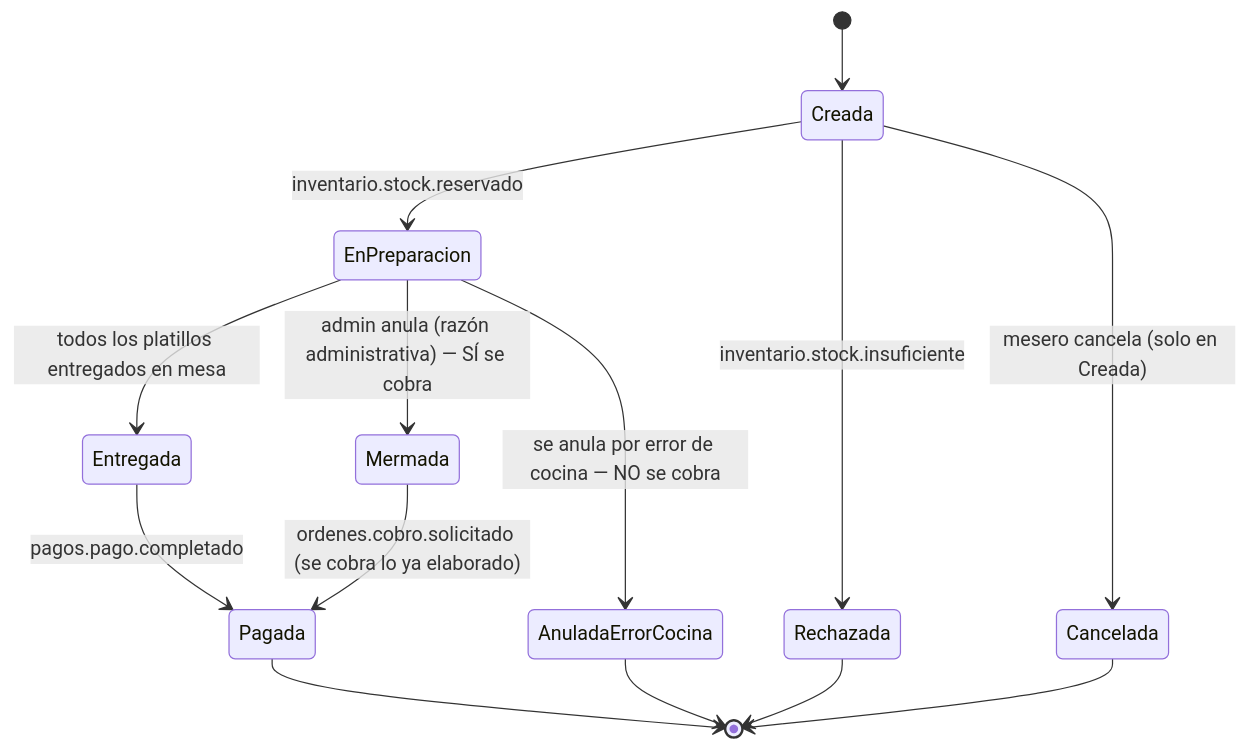
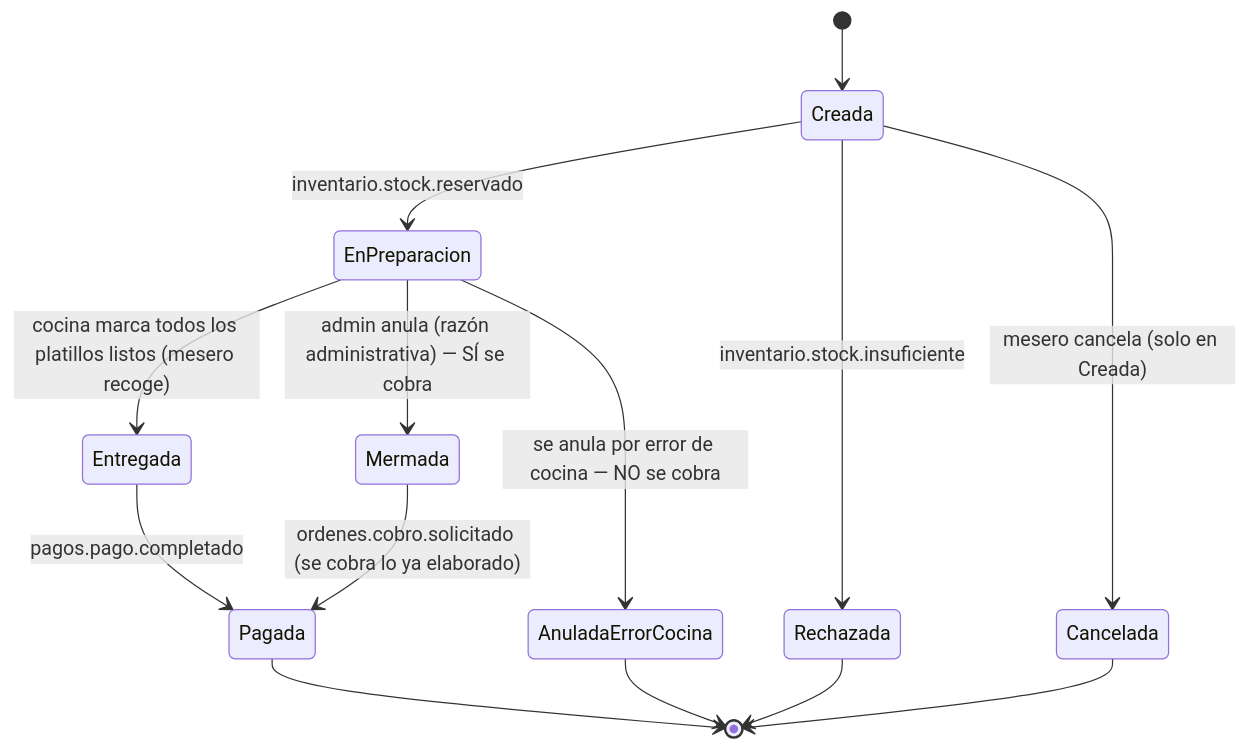
The diagram in docs/funcionalidades_ordeneskds.md (FMAT-Restaurant/OrdersKDS-Backend), drawn with Mermaid before and after one commit. The commit also changed other lines of this file and 10 other files, not shown here.

````diff
--- a/docs/funcionalidades_ordeneskds.md
+++ b/docs/funcionalidades_ordeneskds.md
@@ -50,16 +50,16 @@
 ```mermaid
 stateDiagram-v2
     [*] --> Creada
     Creada --> EnPreparacion: inventario.stock.reservado
     Creada --> Rechazada: inventario.stock.insuficiente
     Creada --> Cancelada: mesero cancela (solo en Creada)
-    EnPreparacion --> Entregada: todos los platillos entregados en mesa
+    EnPreparacion --> Entregada: cocina marca todos los platillos listos (mesero recoge)
     EnPreparacion --> Mermada: admin anula (razón administrativa) — SÍ se cobra
     EnPreparacion --> AnuladaErrorCocina: se anula por error de cocina — NO se cobra
     Entregada --> Pagada: pagos.pago.completado
     Mermada --> Pagada: ordenes.cobro.solicitado (se cobra lo ya elaborado)
     Pagada --> [*]
     Cancelada --> [*]
     Rechazada --> [*]
     AnuladaErrorCocina --> [*]
 ```
````
